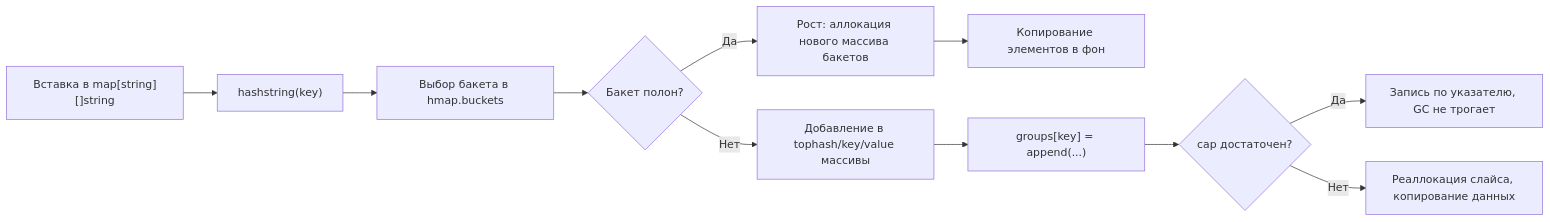
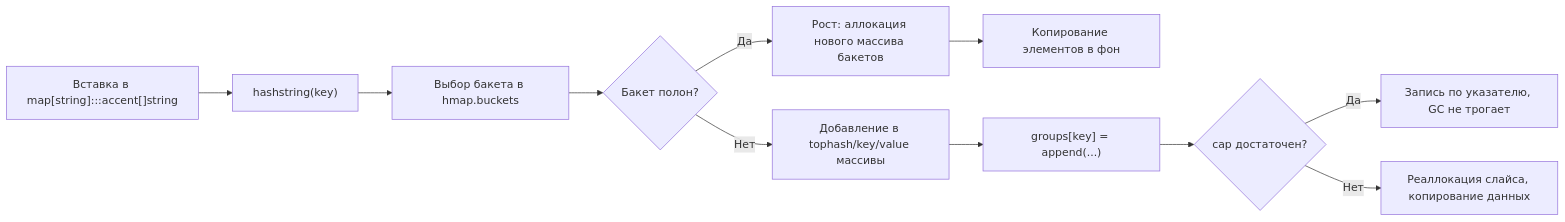
The second of 2 diagrams in sources/21. Задачи с LeetCode и собеседований на Go/02. Задачи/25. Строки/5. Group Anagrams.md (UnrealTemplier/go-textbook), drawn with Mermaid before and after one commit. The commit also changed other lines of this file and 1666 other files, not shown here.

First line of the commit message:
feat(mermaid): add semantic color classDef to 1369 colorless flowchart/graph diagrams

````diff
--- a/sources/21. Задачи с LeetCode и собеседований на Go/02. Задачи/25. Строки/5. Group Anagrams.md
+++ b/sources/21. Задачи с LeetCode и собеседований на Go/02. Задачи/25. Строки/5. Group Anagrams.md
@@ -113,13 +123,23 @@
 ```mermaid
 flowchart LR
-    A["Вставка в map[string][]string"] --> B["hashstring(key)"]
+    classDef process  fill:#1e293b,stroke:#38bdf8,stroke-width:1px,color:#f8fafc
+    classDef success  fill:#064e3b,stroke:#34d399,stroke-width:1px,color:#f8fafc
+    classDef error    fill:#7f1d1d,stroke:#f87171,stroke-width:1px,color:#f8fafc
+    classDef warning  fill:#78350f,stroke:#fbbf24,stroke-width:1px,color:#f8fafc
+    classDef entry    fill:#1e3a5f,stroke:#38bdf8,stroke-width:2px,color:#f8fafc
+    classDef aux      fill:#334155,stroke:#64748b,stroke-width:1px,color:#f8fafc
+    classDef system   fill:#312e81,stroke:#a78bfa,stroke-width:1px,color:#f8fafc
+    classDef data     fill:#132d29,stroke:#2dd4bf,stroke-width:1px,color:#f8fafc
+    classDef network  fill:#881337,stroke:#fb7185,stroke-width:1px,color:#f8fafc
+    classDef accent   fill:#1e1b4b,stroke:#818cf8,stroke-width:1px,color:#f8fafc
+    A["Вставка в map[string]:::accent[]string"] --> B["hashstring(key)"]
     B --> C["Выбор бакета в hmap.buckets"]
     C --> D{"Бакет полон?"}
     D -->|Нет| E["Добавление в tophash/key/value массивы"]
     D -->|Да| F["Рост: аллокация нового массива бакетов"]
     F --> G["Копирование элементов в фон"]
     E --> H["groups[key] = append(...)"]
     H --> I{"cap достаточен?"}
     I -->|Да| J["Запись по указателю, GC не трогает"]
     I -->|Нет| K["Реаллокация слайса, копирование данных"]
 ```
````
